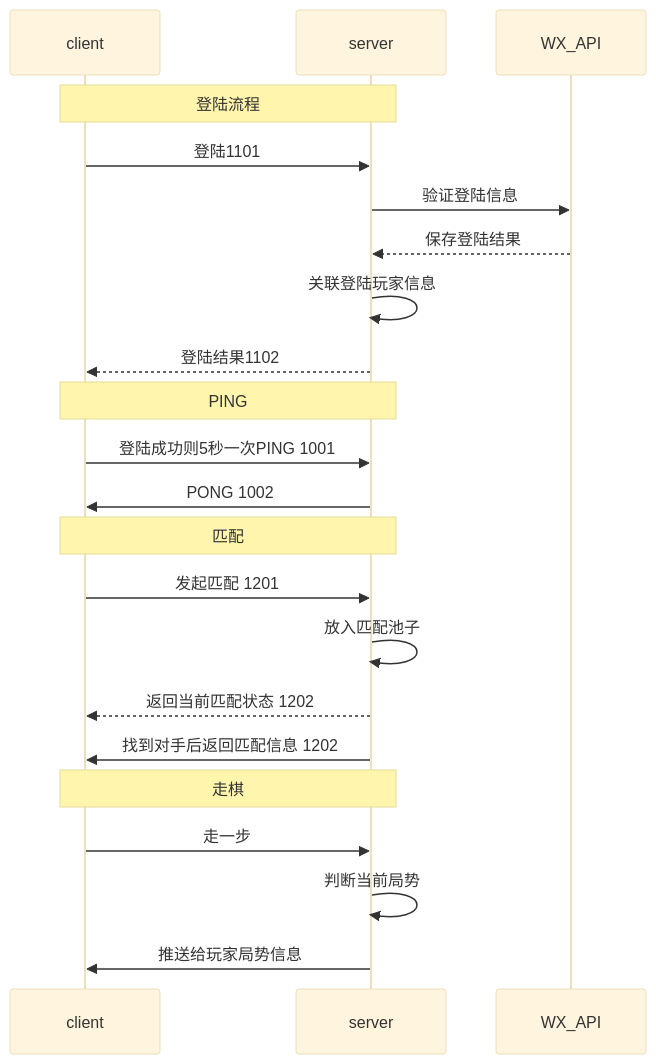
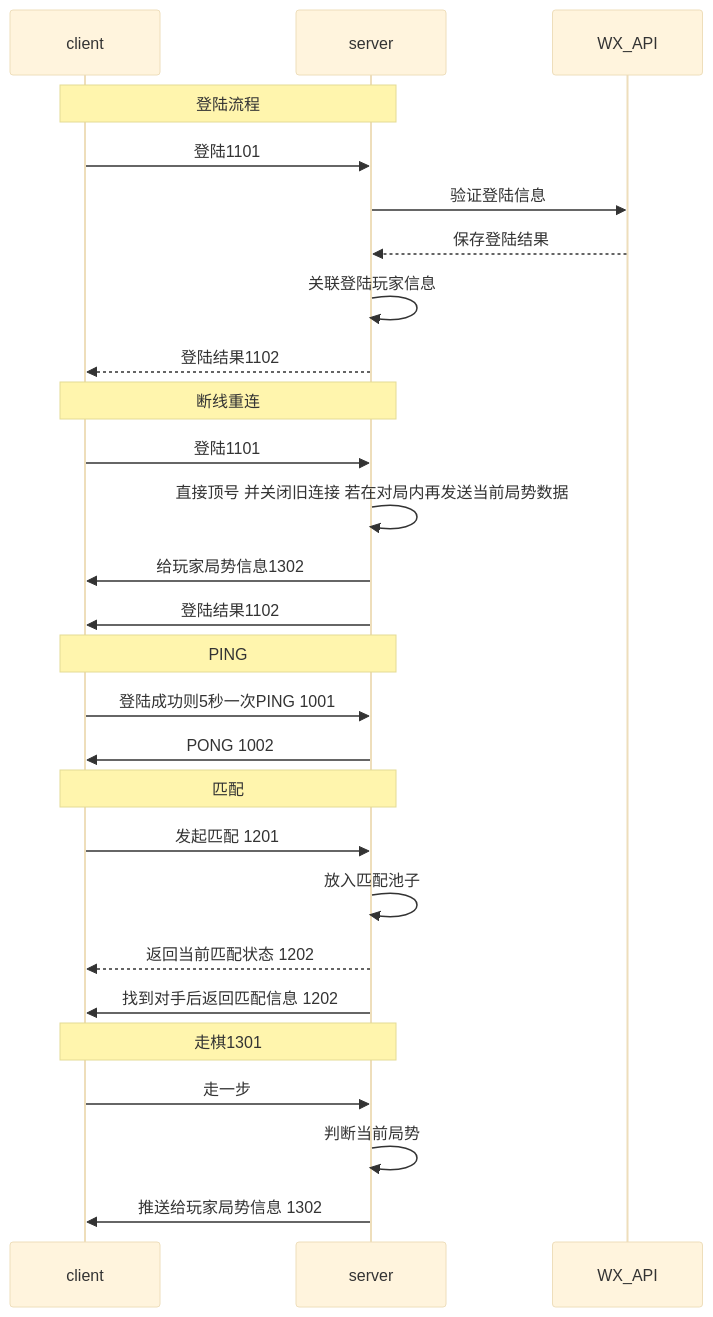
The diagram in README.md (Tiaoyu/TServerGo), drawn with Mermaid (base theme) before and after one commit. The commit also changed 3 other files, not shown here.

````diff
--- a/README.md
+++ b/README.md
@@ -153,23 +153,30 @@
 ```mermaid
 sequenceDiagram
 note over client,server : 登陆流程
 client ->> server : 登陆1101
 server ->> WX_API : 验证登陆信息
 WX_API -->> server : 保存登陆结果
 server ->> server : 关联登陆玩家信息
 server -->> client : 登陆结果1102
+
+note over client,server : 断线重连
+client ->> server : 登陆1101
+server ->> server : 直接顶号 并关闭旧连接 若在对局内再发送当前局势数据
+server ->> client : 给玩家局势信息1302
+server ->> client : 登陆结果1102
+
 note over client,server : PING
 client ->> server : 登陆成功则5秒一次PING 1001
 server ->> client : PONG 1002
 
 note over client,server : 匹配
 client ->> server : 发起匹配 1201
 server ->> server : 放入匹配池子
 server -->> client : 返回当前匹配状态 1202
 server ->> client : 找到对手后返回匹配信息 1202
 
-note over client,server : 走棋
+note over client,server : 走棋1301
 client ->> server : 走一步
 server ->> server : 判断当前局势
-server ->> client : 推送给玩家局势信息
+server ->> client : 推送给玩家局势信息 1302
 ```
````
